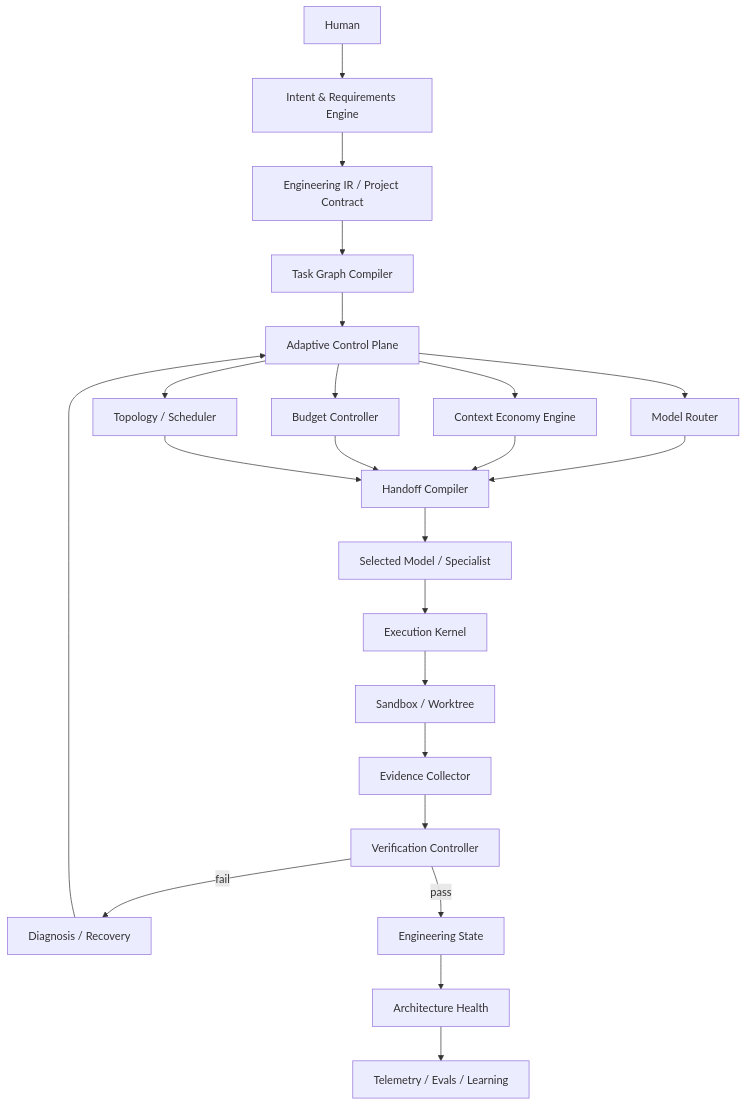
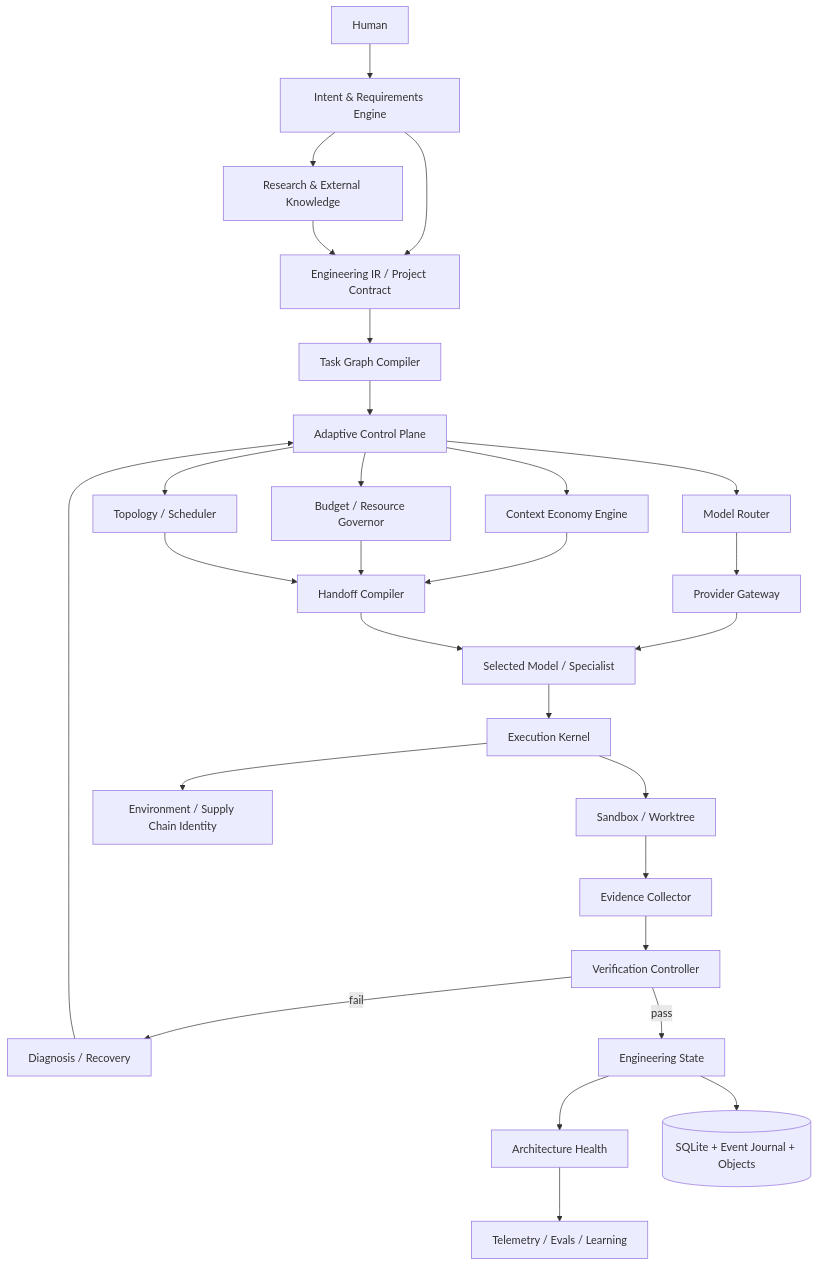
One commit to brutalstein/everything-cli changed the diagram in docs/00_READ_ME_FIRST.md. Above: the diagram before and after it, drawn with Mermaid. The commit also changed other lines of this file and 39 other files, not shown here.

Commit message:
Close architecture completeness gaps

````diff
--- a/docs/00_READ_ME_FIRST.md
+++ b/docs/00_READ_ME_FIRST.md
@@ -104,29 +122,35 @@
 ```mermaid
 flowchart TD
     U[Human] --> I[Intent & Requirements Engine]
     I --> IR[Engineering IR / Project Contract]
+    I --> RS[Research & External Knowledge]
+    RS --> IR
     IR --> TG[Task Graph Compiler]
 
     TG --> CP[Adaptive Control Plane]
     CP --> R[Model Router]
     CP --> C[Context Economy Engine]
-    CP --> B[Budget Controller]
+    CP --> B[Budget / Resource Governor]
     CP --> O[Topology / Scheduler]
 
-    R --> HC[Handoff Compiler]
-    C --> HC
+    R --> PG[Provider Gateway]
+    C --> HC[Handoff Compiler]
     B --> HC
     O --> HC
+    PG --> M[Selected Model / Specialist]
+    HC --> M
 
-    HC --> M[Selected Model / Specialist]
     M --> EX[Execution Kernel]
     EX --> SB[Sandbox / Worktree]
     SB --> EV[Evidence Collector]
 
     EV --> V[Verification Controller]
     V -->|fail| D[Diagnosis / Recovery]
     D --> CP
     V -->|pass| S[Engineering State]
     S --> AH[Architecture Health]
     AH --> LE[Telemetry / Evals / Learning]
+
+    EX --> ENV[Environment / Supply Chain Identity]
+    S --> ST[(SQLite + Event Journal + Objects)]
 ```
````
